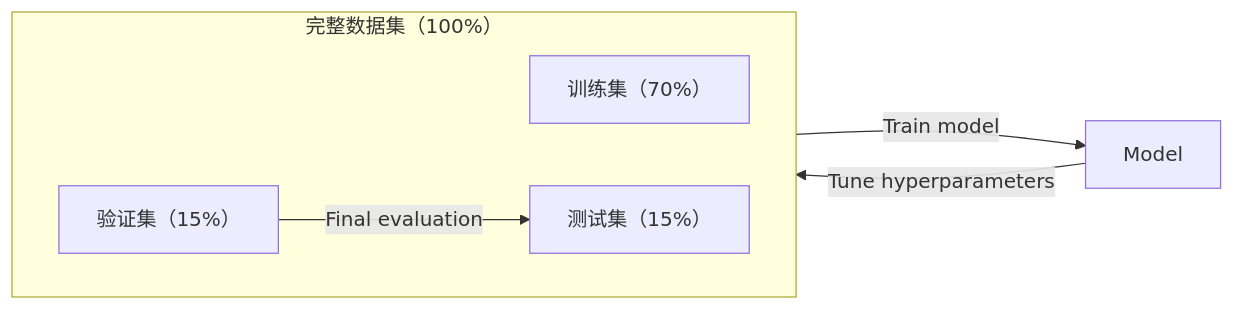
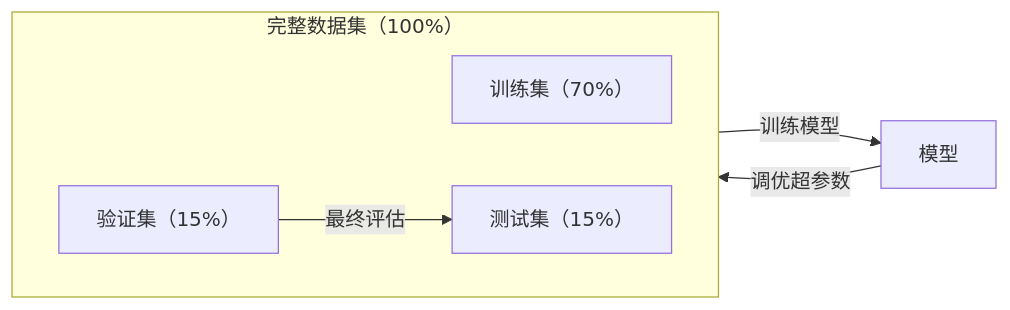
The fourth of 6 diagrams in content/translations/practice/02-ml-fundamentals/01-what-is-machine-learning/zh.md (huangyue12120/Learning-Atlas), drawn with Mermaid before and after one commit. The commit also changed other lines of this file and 24 other files, not shown here.

Commit message:
fix(reader): localize Mermaid in source content

````diff
--- a/content/translations/practice/02-ml-fundamentals/01-what-is-machine-learning/zh.md
+++ b/content/translations/practice/02-ml-fundamentals/01-what-is-machine-learning/zh.md
@@ -160,13 +160,13 @@
 ```mermaid
 flowchart LR
     subgraph Dataset["完整数据集（100%）"]
         direction LR
         TR["训练集（70%）"]
         VA["验证集（15%）"]
         TE["测试集（15%）"]
     end
 
-    TR -->|Train model| M[Model]
-    M -->|Tune hyperparameters| VA
-    VA -->|Final evaluation| TE
+    TR -->|训练模型| M[模型]
+    M -->|调优超参数| VA
+    VA -->|最终评估| TE
 ```
````
